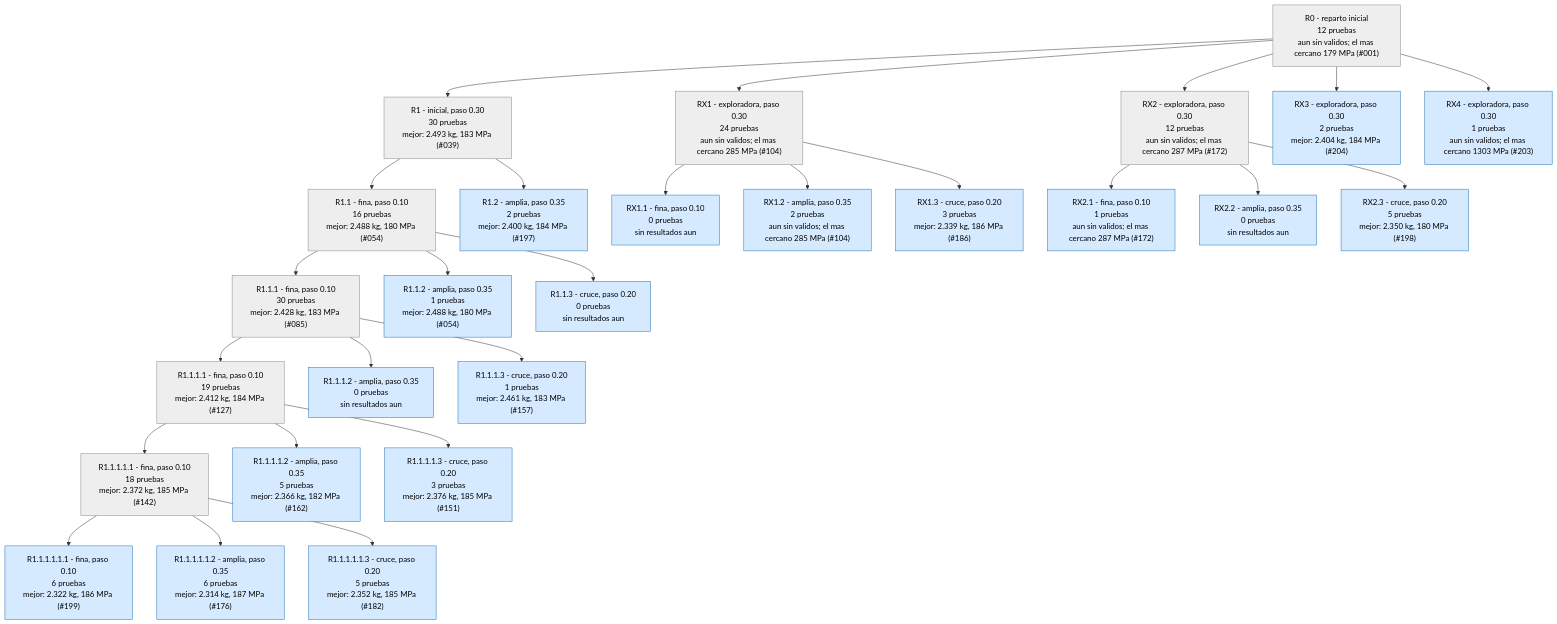
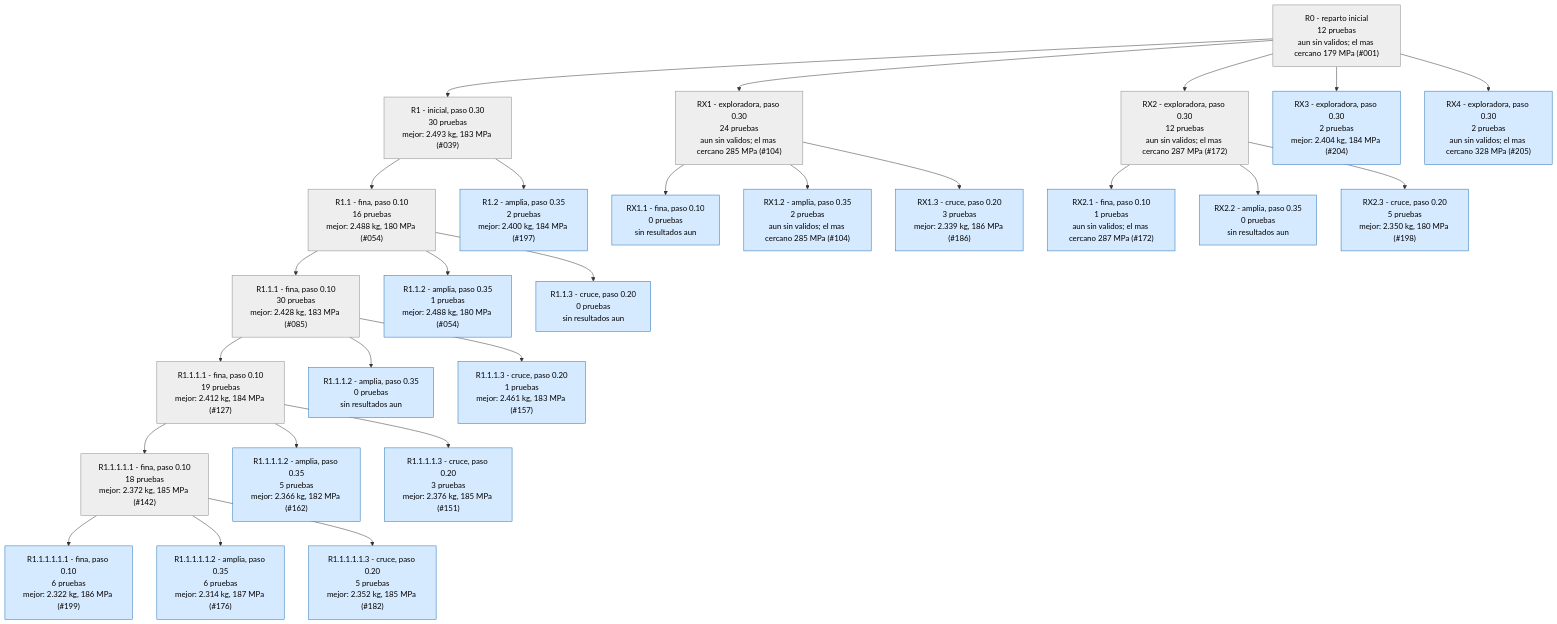
The second of 4 diagrams in runs/opt_37800N/ARBOL.md (Hugiko/msd-soporte-optimizacion), drawn with Mermaid before and after one commit. The commit also changed 21 other files, not shown here.

````diff
--- a/runs/opt_37800N/ARBOL.md
+++ b/runs/opt_37800N/ARBOL.md
@@ -49,57 +49,57 @@
 ```mermaid
 graph TD
 classDef activa fill:#d6eaff,stroke:#1f6fb5,color:#000
 classDef fin fill:#eeeeee,stroke:#888,color:#000
 classDef mejor fill:#c8f0c0,stroke:#1a9850,stroke-width:4px,color:#000
 R0["R0 - reparto inicial<br/>12 pruebas<br/>aun sin validos; el mas cercano 179 MPa (#001)"]:::fin
 R1["R1 - inicial, paso 0.30<br/>30 pruebas<br/>mejor: 2.493 kg, 183 MPa (#039)"]:::fin
 R0 --> R1
 R1_1["R1.1 - fina, paso 0.10<br/>16 pruebas<br/>mejor: 2.488 kg, 180 MPa (#054)"]:::fin
 R1 --> R1_1
 R1_2["R1.2 - amplia, paso 0.35<br/>2 pruebas<br/>mejor: 2.400 kg, 184 MPa (#197)"]:::activa
 R1 --> R1_2
 R1_1_1["R1.1.1 - fina, paso 0.10<br/>30 pruebas<br/>mejor: 2.428 kg, 183 MPa (#085)"]:::fin
 R1_1 --> R1_1_1
 R1_1_2["R1.1.2 - amplia, paso 0.35<br/>1 pruebas<br/>mejor: 2.488 kg, 180 MPa (#054)"]:::activa
 R1_1 --> R1_1_2
 R1_1_3["R1.1.3 - cruce, paso 0.20<br/>0 pruebas<br/>sin resultados aun"]:::activa
 R1_1 --> R1_1_3
 R1_1_1_1["R1.1.1.1 - fina, paso 0.10<br/>19 pruebas<br/>mejor: 2.412 kg, 184 MPa (#127)"]:::fin
 R1_1_1 --> R1_1_1_1
 R1_1_1_2["R1.1.1.2 - amplia, paso 0.35<br/>0 pruebas<br/>sin resultados aun"]:::activa
 R1_1_1 --> R1_1_1_2
 R1_1_1_3["R1.1.1.3 - cruce, paso 0.20<br/>1 pruebas<br/>mejor: 2.461 kg, 183 MPa (#157)"]:::activa
 R1_1_1 --> R1_1_1_3
 RX1["RX1 - exploradora, paso 0.30<br/>24 pruebas<br/>aun sin validos; el mas cercano 285 MPa (#104)"]:::fin
 R0 --> RX1
 RX1_1["RX1.1 - fina, paso 0.10<br/>0 pruebas<br/>sin resultados aun"]:::activa
 RX1 --> RX1_1
 RX1_2["RX1.2 - amplia, paso 0.35<br/>2 pruebas<br/>aun sin validos; el mas cercano 285 MPa (#104)"]:::activa
 RX1 --> RX1_2
 RX1_3["RX1.3 - cruce, paso 0.20<br/>3 pruebas<br/>mejor: 2.339 kg, 186 MPa (#186)"]:::activa
 RX1 --> RX1_3
 R1_1_1_1_1["R1.1.1.1.1 - fina, paso 0.10<br/>18 pruebas<br/>mejor: 2.372 kg, 185 MPa (#142)"]:::fin
 R1_1_1_1 --> R1_1_1_1_1
 R1_1_1_1_2["R1.1.1.1.2 - amplia, paso 0.35<br/>5 pruebas<br/>mejor: 2.366 kg, 182 MPa (#162)"]:::activa
 R1_1_1_1 --> R1_1_1_1_2
 R1_1_1_1_3["R1.1.1.1.3 - cruce, paso 0.20<br/>3 pruebas<br/>mejor: 2.376 kg, 185 MPa (#151)"]:::activa
 R1_1_1_1 --> R1_1_1_1_3
 R1_1_1_1_1_1["R1.1.1.1.1.1 - fina, paso 0.10<br/>6 pruebas<br/>mejor: 2.322 kg, 186 MPa (#199)"]:::activa
 R1_1_1_1_1 --> R1_1_1_1_1_1
 R1_1_1_1_1_2["R1.1.1.1.1.2 - amplia, paso 0.35<br/>6 pruebas<br/>mejor: 2.314 kg, 187 MPa (#176)"]:::activa
 R1_1_1_1_1 --> R1_1_1_1_1_2
 R1_1_1_1_1_3["R1.1.1.1.1.3 - cruce, paso 0.20<br/>5 pruebas<br/>mejor: 2.352 kg, 185 MPa (#182)"]:::activa
 R1_1_1_1_1 --> R1_1_1_1_1_3
 RX2["RX2 - exploradora, paso 0.30<br/>12 pruebas<br/>aun sin validos; el mas cercano 287 MPa (#172)"]:::fin
 R0 --> RX2
 RX2_1["RX2.1 - fina, paso 0.10<br/>1 pruebas<br/>aun sin validos; el mas cercano 287 MPa (#172)"]:::activa
 RX2 --> RX2_1
 RX2_2["RX2.2 - amplia, paso 0.35<br/>0 pruebas<br/>sin resultados aun"]:::activa
 RX2 --> RX2_2
 RX2_3["RX2.3 - cruce, paso 0.20<br/>5 pruebas<br/>mejor: 2.350 kg, 180 MPa (#198)"]:::activa
 RX2 --> RX2_3
 RX3["RX3 - exploradora, paso 0.30<br/>2 pruebas<br/>mejor: 2.404 kg, 184 MPa (#204)"]:::activa
 R0 --> RX3
-RX4["RX4 - exploradora, paso 0.30<br/>1 pruebas<br/>aun sin validos; el mas cercano 1303 MPa (#203)"]:::activa
+RX4["RX4 - exploradora, paso 0.30<br/>2 pruebas<br/>aun sin validos; el mas cercano 328 MPa (#205)"]:::activa
 R0 --> RX4
 ```
````
